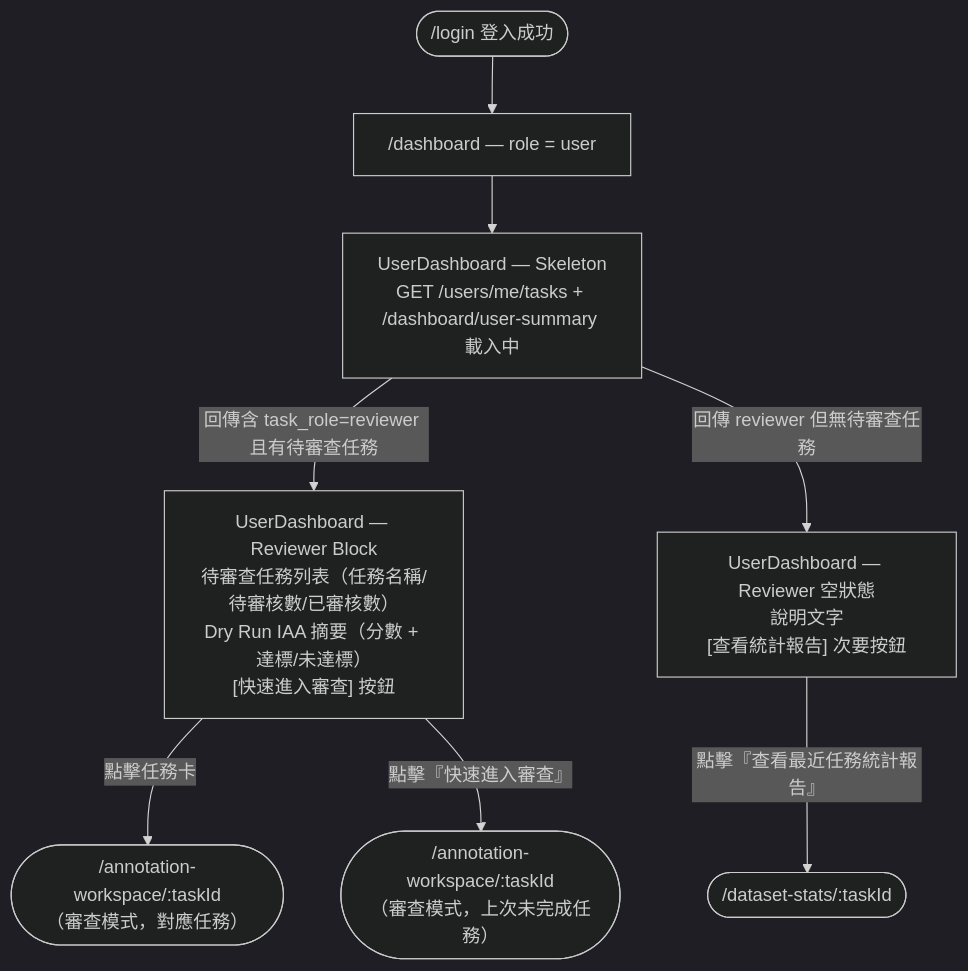
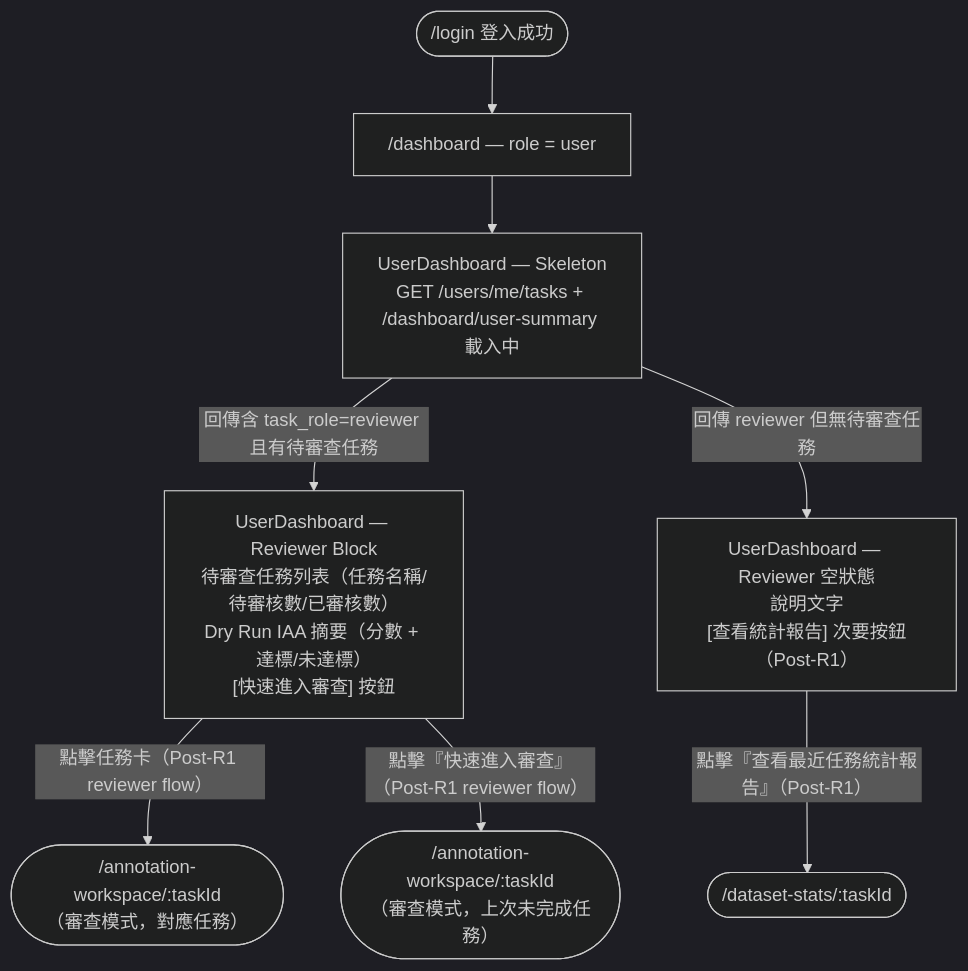
One commit to singyichen/label-suite changed the seventh of 7 diagrams in specs/dashboard/012-dashboard/spec.md. Above: the diagram before and after it, drawn with Mermaid (dark theme). The commit also changed other lines of this file and 1 other file, not shown here.

First line of the commit message:
design(wireframe): refine dashboard SA-2 frame heights and label copy

````diff
--- a/specs/dashboard/012-dashboard/spec.md
+++ b/specs/dashboard/012-dashboard/spec.md
@@ -309,10 +340,10 @@
 ```mermaid
 flowchart TD
     A(["/login 登入成功"]) --> B["/dashboard — role = user"]
     B --> C["UserDashboard — Skeleton\nGET /users/me/tasks + /dashboard/user-summary 載入中"]
     C -->|"回傳含 task_role=reviewer 且有待審查任務"| D["UserDashboard — Reviewer Block\n待審查任務列表（任務名稱/待審核數/已審核數）\nDry Run IAA 摘要（分數 + 達標/未達標）\n[快速進入審查] 按鈕"]
-    C -->|"回傳 reviewer 但無待審查任務"| E["UserDashboard — Reviewer 空狀態\n說明文字\n[查看統計報告] 次要按鈕"]
-    D -->|"點擊任務卡"| F(["/annotation-workspace/:taskId\n（審查模式，對應任務）"])
-    D -->|"點擊『快速進入審查』"| G(["/annotation-workspace/:taskId\n（審查模式，上次未完成任務）"])
-    E -->|"點擊『查看最近任務統計報告』"| H(["/dataset-stats/:taskId"])
+    C -->|"回傳 reviewer 但無待審查任務"| E["UserDashboard — Reviewer 空狀態\n說明文字\n[查看統計報告] 次要按鈕（Post-R1）"]
+    D -->|"點擊任務卡（Post-R1 reviewer flow）"| F(["/annotation-workspace/:taskId\n（審查模式，對應任務）"])
+    D -->|"點擊『快速進入審查』（Post-R1 reviewer flow）"| G(["/annotation-workspace/:taskId\n（審查模式，上次未完成任務）"])
+    E -->|"點擊『查看最近任務統計報告』（Post-R1）"| H(["/dataset-stats/:taskId"])
 ```
````
